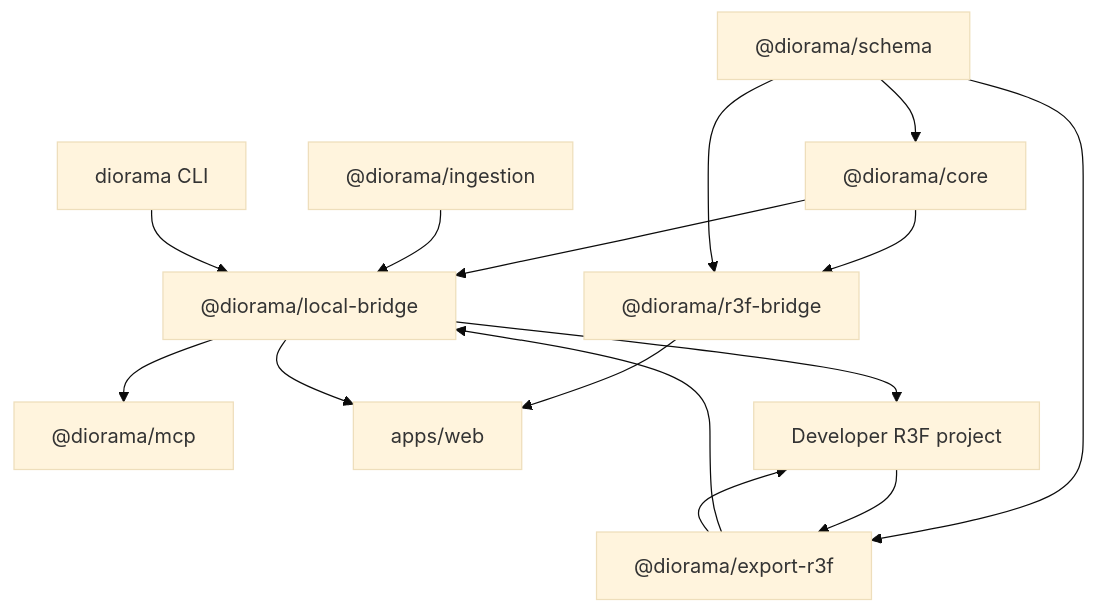
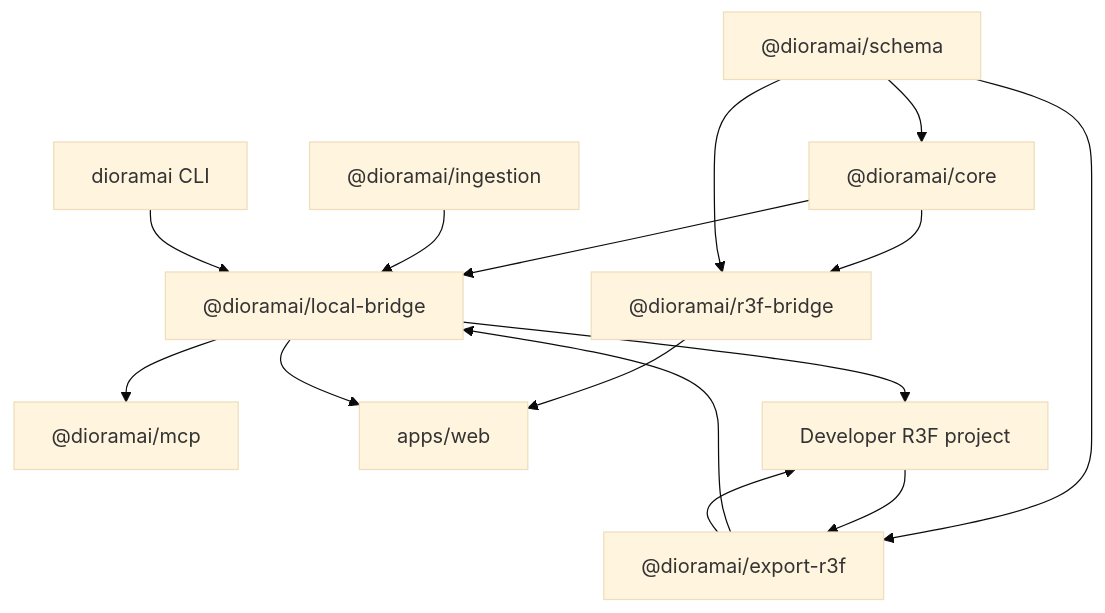
Before and after one commit to makumasaka/scenegraph-ai: the diagram in docs/ARCHITECTURE.md, drawn with Mermaid (base theme). The commit also changed other lines of this file and 167 other files, not shown here.

First line of the commit message:
refactor: rename Diorama to Dioramai across packages, tooling, exports, and docs

````diff
--- a/docs/ARCHITECTURE.md
+++ b/docs/ARCHITECTURE.md
@@ -36,28 +36,28 @@
 ```mermaid
 flowchart TB
-  Schema["@diorama/schema"]
-  Core["@diorama/core"]
-  Bridge["@diorama/r3f-bridge"]
-  Export["@diorama/export-r3f"]
-  Local["@diorama/local-bridge"]
-  CLI["diorama CLI"]
-  MCP["@diorama/mcp"]
-  Ingest["@diorama/ingestion"]
+  Schema["@dioramai/schema"]
+  Core["@dioramai/core"]
+  Bridge["@dioramai/r3f-bridge"]
+  Export["@dioramai/export-r3f"]
+  Local["@dioramai/local-bridge"]
+  CLI["dioramai CLI"]
+  MCP["@dioramai/mcp"]
+  Ingest["@dioramai/ingestion"]
   Web["apps/web"]
   Project["Developer R3F project"]
 
   Schema --> Core
   Schema --> Export
   Core --> Bridge
   Schema --> Bridge
   Core --> Local
   Export --> Local
   Ingest --> Local
   Local --> MCP
   CLI --> Local
   Bridge --> Web
   Local --> Web
   Local --> Project
   Export --> Project
   Project --> Export
 ```
````
